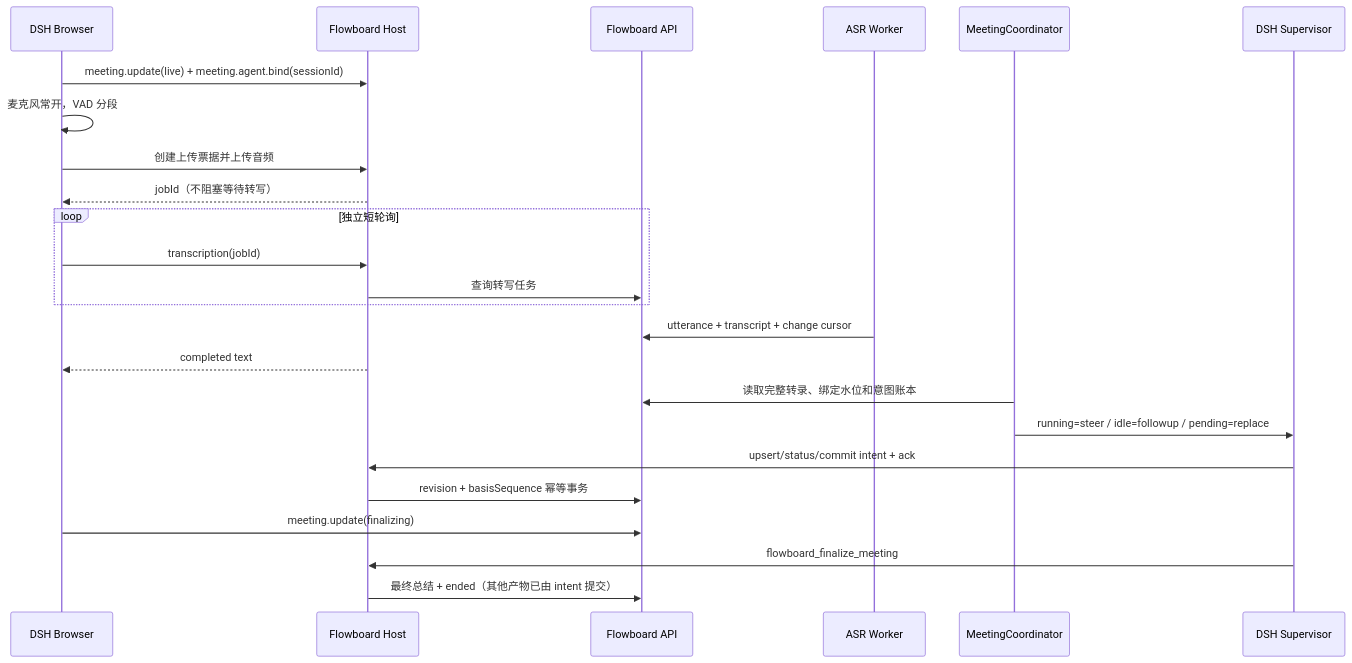
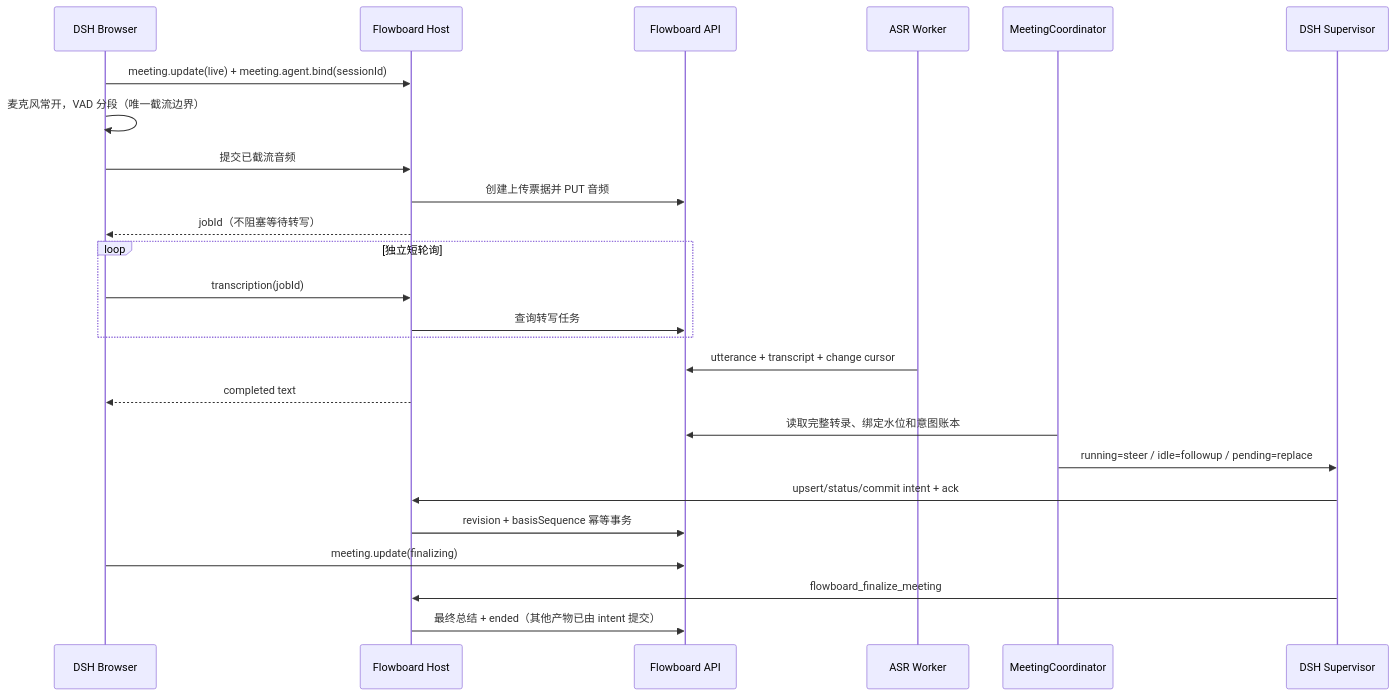
Before and after one commit to Untidy-cocoabutter173/Flowboard: the second of 2 diagrams in docs/dev/flowboard-workspace-ai-refactor.md, drawn with Mermaid. The commit also changed other lines of this file and 20 other files, not shown here.

````diff
--- a/docs/dev/flowboard-workspace-ai-refactor.md
+++ b/docs/dev/flowboard-workspace-ai-refactor.md
@@ -161,27 +161,28 @@
 ```mermaid
 sequenceDiagram
   participant Browser as DSH Browser
   participant Host as Flowboard Host
   participant API as Flowboard API
   participant Worker as ASR Worker
   participant Coordinator as MeetingCoordinator
   participant AI as DSH Supervisor
 
   Browser->>Host: meeting.update(live) + meeting.agent.bind(sessionId)
-  Browser->>Browser: 麦克风常开，VAD 分段
-  Browser->>Host: 创建上传票据并上传音频
+  Browser->>Browser: 麦克风常开，VAD 分段（唯一截流边界）
+  Browser->>Host: 提交已截流音频
+  Host->>API: 创建上传票据并 PUT 音频
   Host-->>Browser: jobId（不阻塞等待转写）
   loop 独立短轮询
     Browser->>Host: transcription(jobId)
     Host->>API: 查询转写任务
   end
   Worker->>API: utterance + transcript + change cursor
   Host-->>Browser: completed text
   Coordinator->>API: 读取完整转录、绑定水位和意图账本
   Coordinator->>AI: running=steer / idle=followup / pending=replace
   AI->>Host: upsert/status/commit intent + ack
   Host->>API: revision + basisSequence 幂等事务
   Browser->>API: meeting.update(finalizing)
   AI->>Host: flowboard_finalize_meeting
   Host->>API: 最终总结 + ended（其他产物已由 intent 提交）
 ```
````
